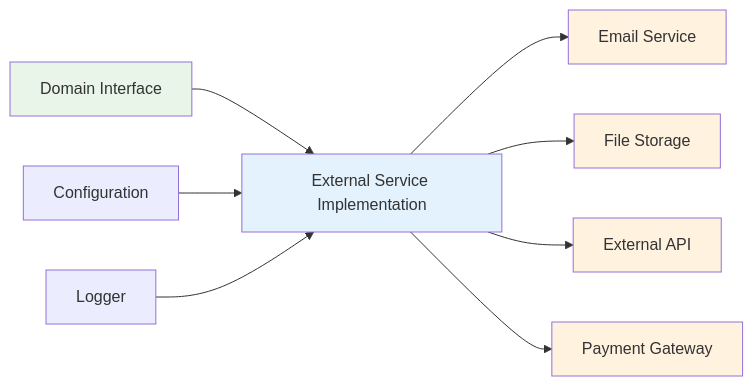
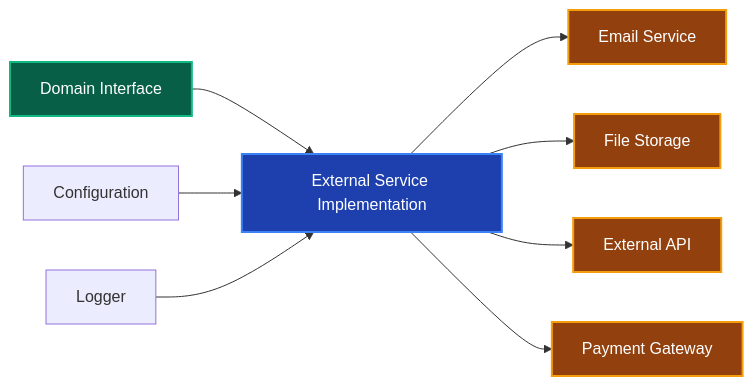
The second of 2 diagrams in _DOCS/guides/ddd/layers/components/external-services.md (derushio/d-next-ddd-example), drawn with Mermaid before and after one commit. The commit also changed other lines of this file and 31 other files, not shown here.

Commit message:
🎨: DOCSのMermaid図表カラーテーマを暗色に統一し視認性を向上

````diff
--- a/_DOCS/guides/ddd/layers/components/external-services.md
+++ b/_DOCS/guides/ddd/layers/components/external-services.md
@@ -44,18 +44,18 @@
 ```mermaid
 graph LR
     DOMAIN[Domain Interface] --> IMPL[External Service Implementation]
     IMPL --> EMAIL[Email Service]
     IMPL --> STORAGE[File Storage]
     IMPL --> API[External API]
     IMPL --> PAYMENT[Payment Gateway]
     
     CONFIG[Configuration] --> IMPL
     LOGGER[Logger] --> IMPL
     
-    style DOMAIN fill:#e8f5e8
-    style IMPL fill:#e3f2fd
-    style EMAIL fill:#fff3e0
-    style STORAGE fill:#fff3e0
-    style API fill:#fff3e0
-    style PAYMENT fill:#fff3e0
+    style DOMAIN fill:#065f46,stroke:#10b981,stroke-width:2px,color:#ffffff
+    style IMPL fill:#1e40af,stroke:#3b82f6,stroke-width:2px,color:#ffffff
+    style EMAIL fill:#92400e,stroke:#f59e0b,stroke-width:2px,color:#ffffff
+    style STORAGE fill:#92400e,stroke:#f59e0b,stroke-width:2px,color:#ffffff
+    style API fill:#92400e,stroke:#f59e0b,stroke-width:2px,color:#ffffff
+    style PAYMENT fill:#92400e,stroke:#f59e0b,stroke-width:2px,color:#ffffff
 ```
````
